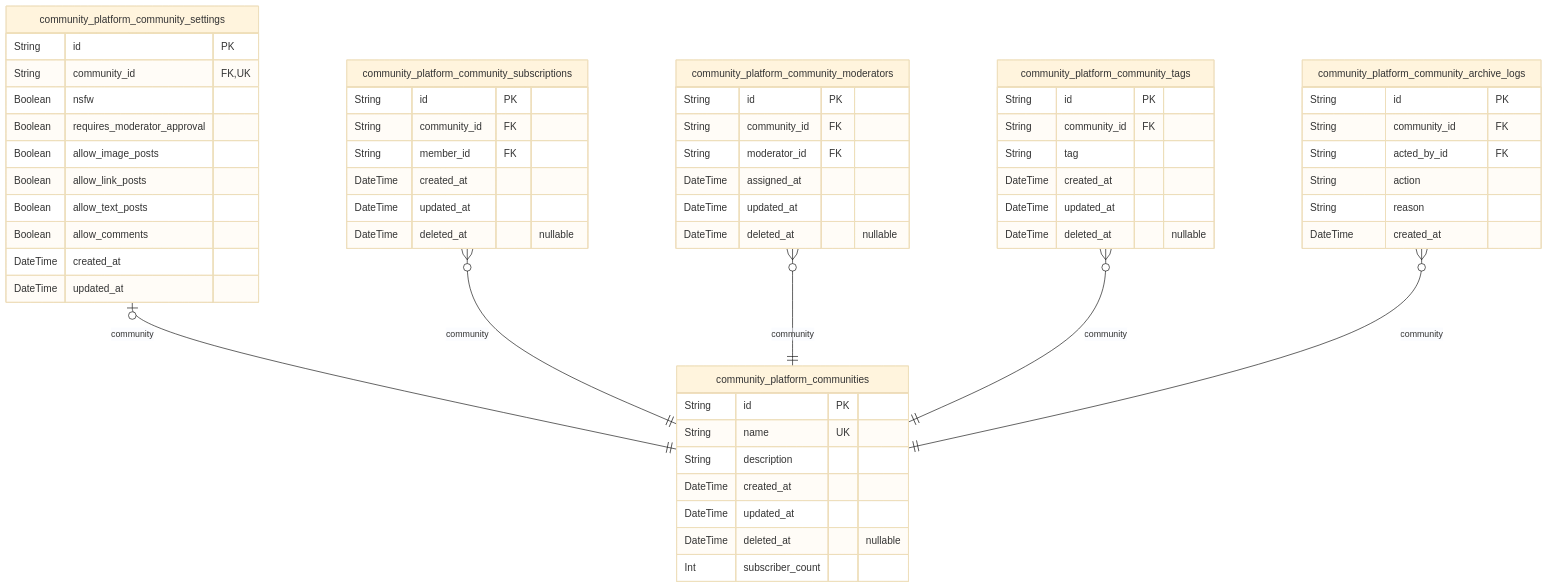
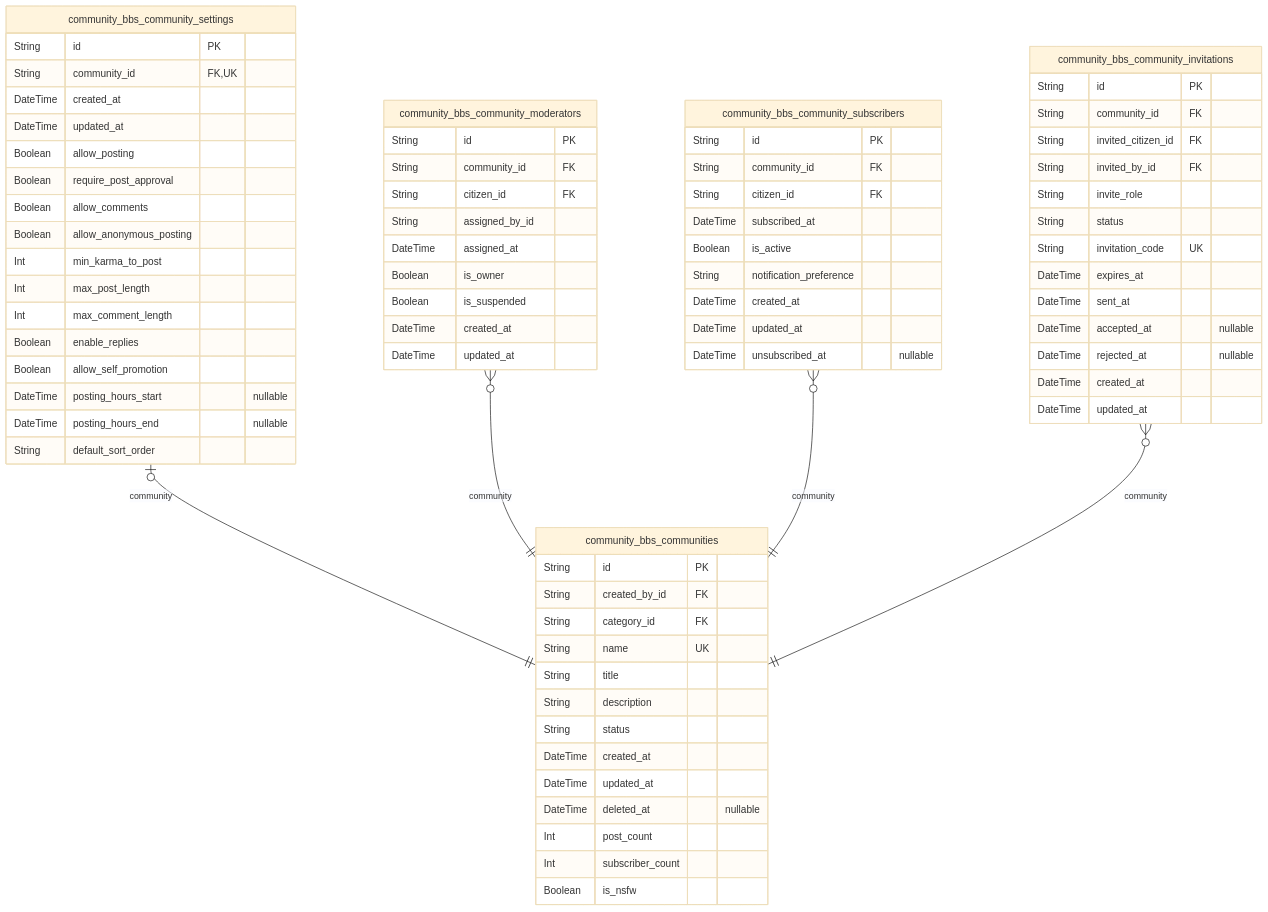
One commit to wrtnlabs/autobe-examples changed the third of 10 diagrams in qwen/qwen3-next-80b-a3b-instruct/reddit/docs/ERD.md. Above: the diagram before and after it, drawn with Mermaid (base theme). The commit also changed other lines of this file and 7173 other files, not shown here.

````diff
--- a/qwen/qwen3-next-80b-a3b-instruct/reddit/docs/ERD.md
+++ b/qwen/qwen3-next-80b-a3b-instruct/reddit/docs/ERD.md
@@ -1132,61 +397,77 @@
 ```mermaid
 erDiagram
-"community_platform_communities" {
+"community_bbs_communities" {
   String id PK
+  String created_by_id FK
+  String category_id FK
   String name UK
+  String title
   String description
+  String status
   DateTime created_at
   DateTime updated_at
   DateTime deleted_at "nullable"
+  Int post_count
   Int subscriber_count
+  Boolean is_nsfw
 }
-"community_platform_community_settings" {
+"community_bbs_community_settings" {
   String id PK
   String community_id FK,UK
-  Boolean nsfw
-  Boolean requires_moderator_approval
-  Boolean allow_image_posts
-  Boolean allow_link_posts
-  Boolean allow_text_posts
+  DateTime created_at
+  DateTime updated_at
+  Boolean allow_posting
+  Boolean require_post_approval
   Boolean allow_comments
+  Boolean allow_anonymous_posting
+  Int min_karma_to_post
+  Int max_post_length
+  Int max_comment_length
+  Boolean enable_replies
+  Boolean allow_self_promotion
+  DateTime posting_hours_start "nullable"
+  DateTime posting_hours_end "nullable"
+  String default_sort_order
+}
+"community_bbs_community_moderators" {
+  String id PK
+  String community_id FK
+  String citizen_id FK
+  String assigned_by_id
+  DateTime assigned_at
+  Boolean is_owner
+  Boolean is_suspended
   DateTime created_at
   DateTime updated_at
 }
-"community_platform_community_subscriptions" {
+"community_bbs_community_subscribers" {
   String id PK
   String community_id FK
-  String member_id FK
+  String citizen_id FK
+  DateTime subscribed_at
+  Boolean is_active
+  String notification_preference
   DateTime created_at
   DateTime updated_at
-  DateTime deleted_at "nullable"
+  DateTime unsubscribed_at "nullable"
 }
-"community_platform_community_moderators" {
+"community_bbs_community_invitations" {
   String id PK
   String community_id FK
-  String moderator_id FK
-  DateTime assigned_at
-  DateTime updated_at
-  DateTime deleted_at "nullable"
-}
-"community_platform_community_tags" {
-  String id PK
-  String community_id FK
-  String tag
+  String invited_citizen_id FK
+  String invited_by_id FK
+  String invite_role
+  String status
+  String invitation_code UK
+  DateTime expires_at
+  DateTime sent_at
+  DateTime accepted_at "nullable"
+  DateTime rejected_at "nullable"
   DateTime created_at
   DateTime updated_at
-  DateTime deleted_at "nullable"
 }
-"community_platform_community_archive_logs" {
-  String id PK
-  String community_id FK
-  String acted_by_id FK
-  String action
-  String reason
-  DateTime created_at
-}
-"community_platform_community_settings" |o--|| "community_platform_communities" : community
-"community_platform_community_subscriptions" }o--|| "community_platform_communities" : community
-"community_platform_community_moderators" }o--|| "community_platform_communities" : community
-"community_platform_community_tags" }o--|| "community_platform_communities" : community
-"community_platform_community_archive_logs" }o--|| "community_platform_communities" : community
+"community_bbs_community_settings" |o--|| "community_bbs_communities" : community
+"community_bbs_community_moderators" }o--|| "community_bbs_communities" : community
+"community_bbs_community_subscribers" }o--|| "community_bbs_communities" : community
+"community_bbs_community_invitations" }o--|| "community_bbs_communities" : community
 ```
````
